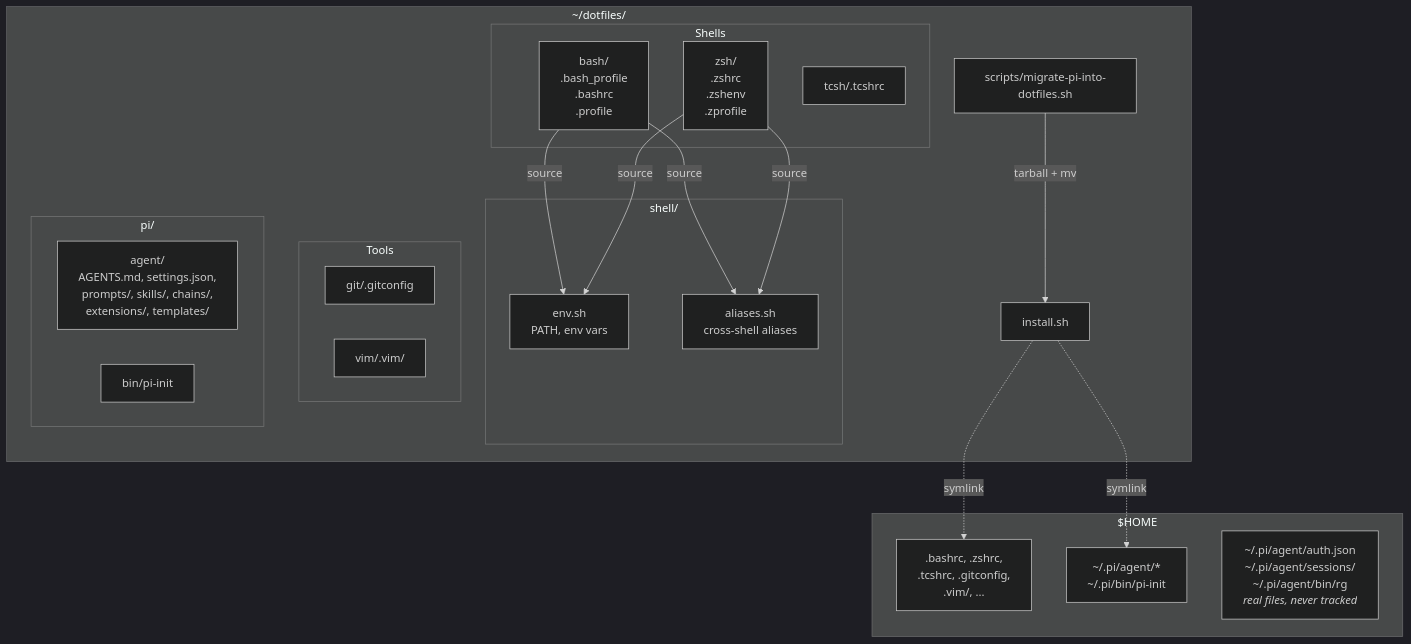
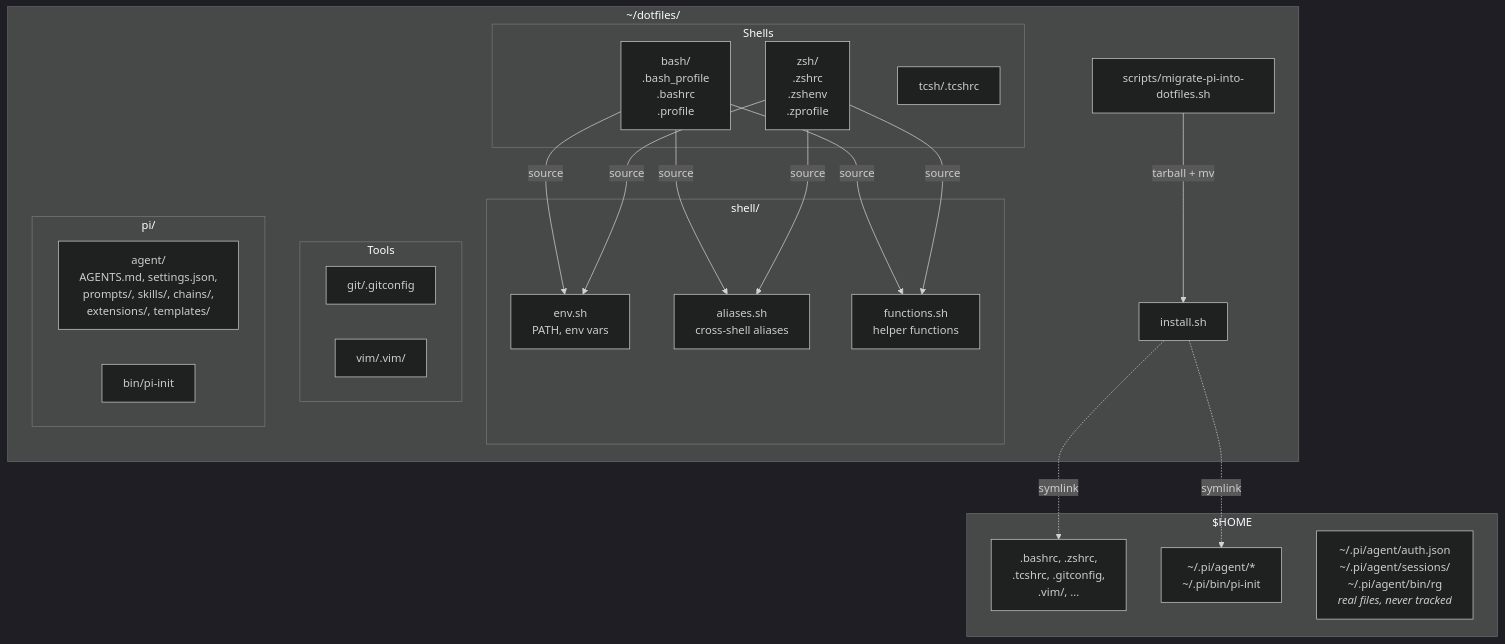
The diagram in UML.md (g23polar/dotfiles), drawn with Mermaid (dark theme) before and after one commit. The commit also changed other lines of this file and 21 other files, not shown here.

````diff
--- a/UML.md
+++ b/UML.md
@@ -11,40 +22,43 @@
 ```mermaid
 graph TD
   subgraph Repo[~/dotfiles/]
     install[install.sh]
     migrate[scripts/migrate-pi-into-dotfiles.sh]
 
     subgraph Shells
       bash[bash/<br/>.bash_profile<br/>.bashrc<br/>.profile]
       zsh[zsh/<br/>.zshrc<br/>.zshenv<br/>.zprofile]
       tcsh[tcsh/.tcshrc]
     end
     subgraph Shared[shell/]
       env[env.sh<br/>PATH, env vars]
       aliases[aliases.sh<br/>cross-shell aliases]
+      funcs[functions.sh<br/>helper functions]
     end
     subgraph Tools
       git[git/.gitconfig]
       vim[vim/.vim/]
     end
     subgraph Pi[pi/]
       piagent[agent/<br/>AGENTS.md, settings.json,<br/>prompts/, skills/, chains/,<br/>extensions/, templates/]
       pibin[bin/pi-init]
     end
   end
 
   subgraph Home[$HOME]
     homerc[.bashrc, .zshrc,<br/>.tcshrc, .gitconfig,<br/>.vim/, ...]
     pihome[~/.pi/agent/*<br/>~/.pi/bin/pi-init]
     pilocal[~/.pi/agent/auth.json<br/>~/.pi/agent/sessions/<br/>~/.pi/agent/bin/rg<br/><i>real files, never tracked</i>]
   end
 
   bash -->|source| env
   bash -->|source| aliases
+  bash -->|source| funcs
   zsh -->|source| env
   zsh -->|source| aliases
+  zsh -->|source| funcs
 
   install -.symlink.-> homerc
   install -.symlink.-> pihome
   migrate -->|tarball + mv| install
 ```
````
